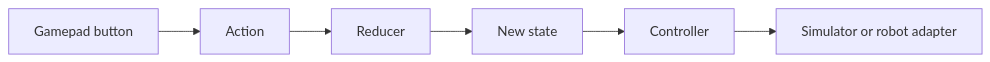
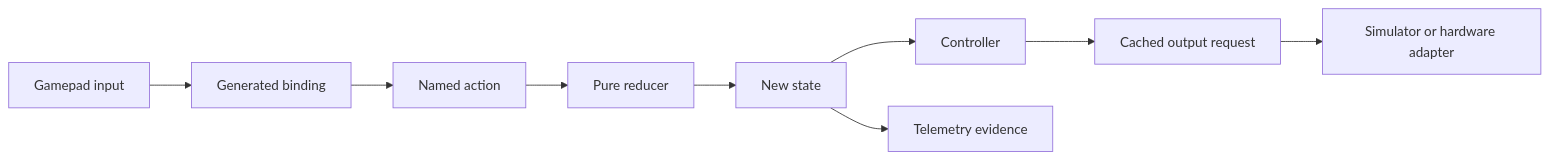
The diagram in content/learning/ftc-starter/02-controller-bindings.md (ARES-23247/ARESWEB), drawn with Mermaid before and after one commit. The commit also changed other lines of this file and 7 other files, not shown here.

````diff
--- a/content/learning/ftc-starter/02-controller-bindings.md
+++ b/content/learning/ftc-starter/02-controller-bindings.md
@@ -13,9 +37,12 @@
 ```mermaid
-%% aria: A gamepad button creates an action. The reducer updates robot state. A controller reads that state and asks the simulator or robot adapter for a safe output.
+%% aria: A gamepad input enters a generated controller binding. The binding dispatches a named Redux action. A pure reducer creates new state. A controller reads that state and writes a cached output request. The FTC simulator or hardware adapter applies the request, while telemetry reports evidence.
 flowchart LR
-  A["Gamepad button"] --> B["Action"]
-  B --> C["Reducer"]
-  C --> D["New state"]
-  D --> E["Controller"]
-  E --> F["Simulator or robot adapter"]
+  A["Gamepad input"] --> B["Generated binding"]
+  B --> C["Named action"]
+  C --> D["Pure reducer"]
+  D --> E["New state"]
+  E --> F["Controller"]
+  F --> G["Cached output request"]
+  G --> H["Simulator or hardware adapter"]
+  E --> I["Telemetry evidence"]
 ```
````
